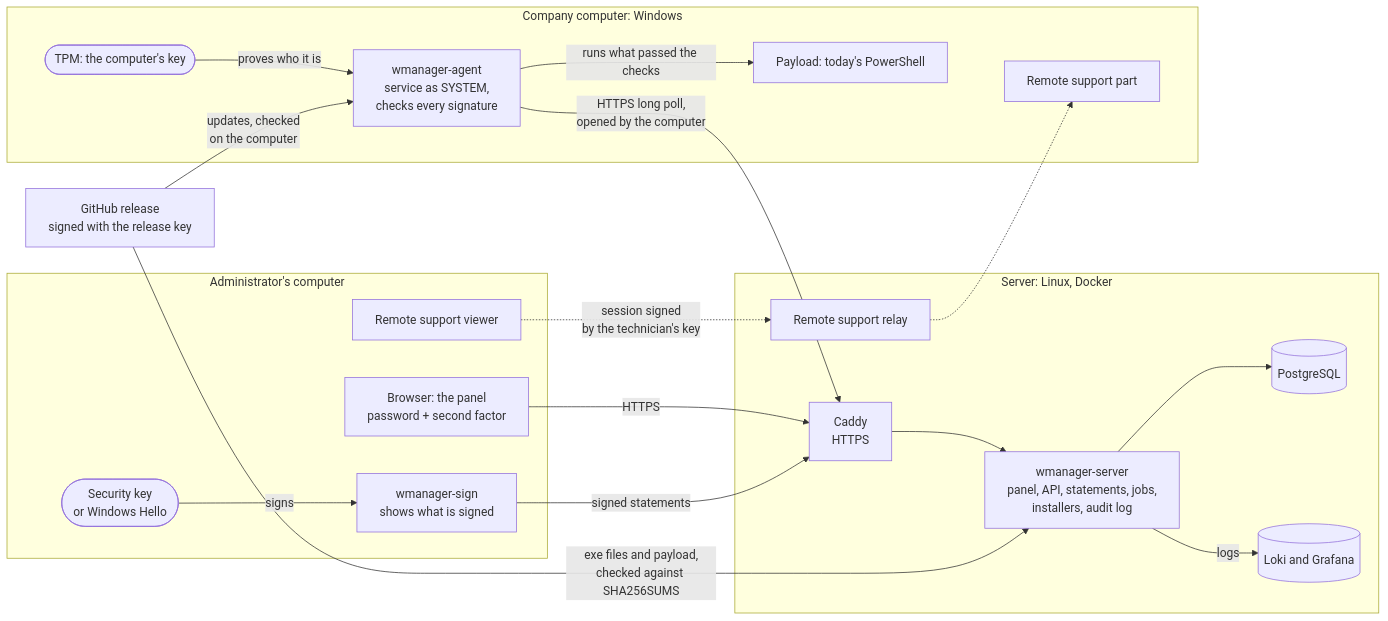
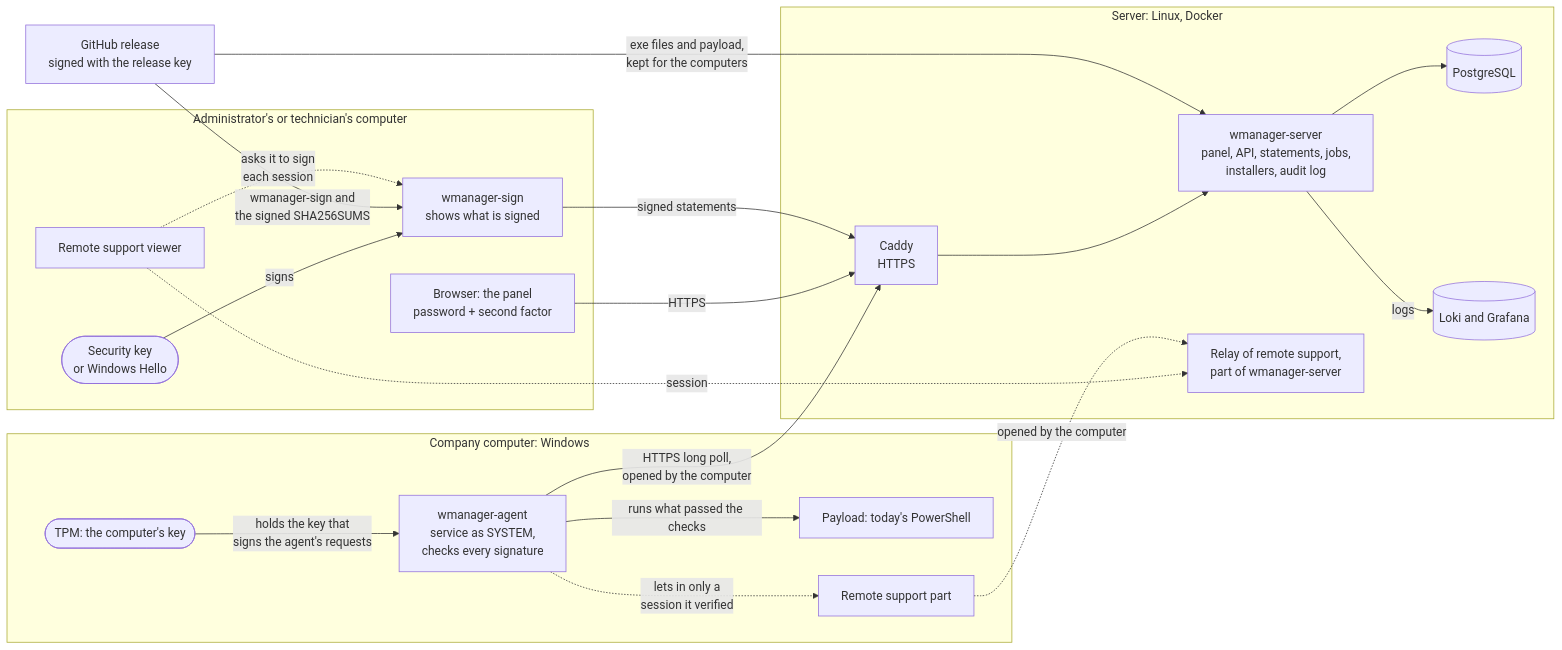
Before and after one commit to lechup/wmanager: the first of 2 diagrams in docs/architecture.md, drawn with Mermaid. The commit also changed other lines of this file and 2 other files, not shown here.

````diff
--- a/docs/architecture.md
+++ b/docs/architecture.md
@@ -39,37 +41,39 @@
 ```mermaid
 flowchart LR
-  subgraph admin["Administrator's computer"]
+  subgraph admin["Administrator's or technician's computer"]
     browser["Browser: the panel<br/>password + second factor"]
     sign["wmanager-sign<br/>shows what is signed"]
     key(["Security key<br/>or Windows Hello"])
     viewer["Remote support viewer"]
   end
   subgraph host["Server: Linux, Docker"]
     caddy["Caddy<br/>HTTPS"]
     server["wmanager-server<br/>panel, API, statements, jobs,<br/>installers, audit log"]
+    relay["Relay of remote support,<br/>part of wmanager-server"]
     db[("PostgreSQL")]
     loki[("Loki and Grafana")]
-    relay["Remote support relay"]
   end
   subgraph pc["Company computer: Windows"]
     agent["wmanager-agent<br/>service as SYSTEM,<br/>checks every signature"]
     tpm(["TPM: the computer's key"])
     payload["Payload: today's PowerShell"]
     remote["Remote support part"]
   end
   release["GitHub release<br/>signed with the release key"]
 
   browser -- "HTTPS" --> caddy
   key -- "signs" --> sign
   sign -- "signed statements" --> caddy
   caddy --> server
   server --> db
   server -- "logs" --> loki
+  tpm -- "holds the key that<br/>signs the agent's requests" --> agent
   agent -- "HTTPS long poll,<br/>opened by the computer" --> caddy
-  tpm -- "proves who it is" --> agent
   agent -- "runs what passed the checks" --> payload
-  release -- "exe files and payload,<br/>checked against SHA256SUMS" --> server
-  release -- "updates, checked<br/>on the computer" --> agent
-  viewer -. "session signed<br/>by the technician's key" .-> relay
-  relay -.-> remote
+  release -- "exe files and payload,<br/>kept for the computers" --> server
+  release -- "wmanager-sign and<br/>the signed SHA256SUMS" --> sign
+  viewer -. "asks it to sign<br/>each session" .-> sign
+  viewer -. "session" .-> relay
+  remote -. "opened by the computer" .-> relay
+  agent -. "lets in only a<br/>session it verified" .-> remote
 ```
````
